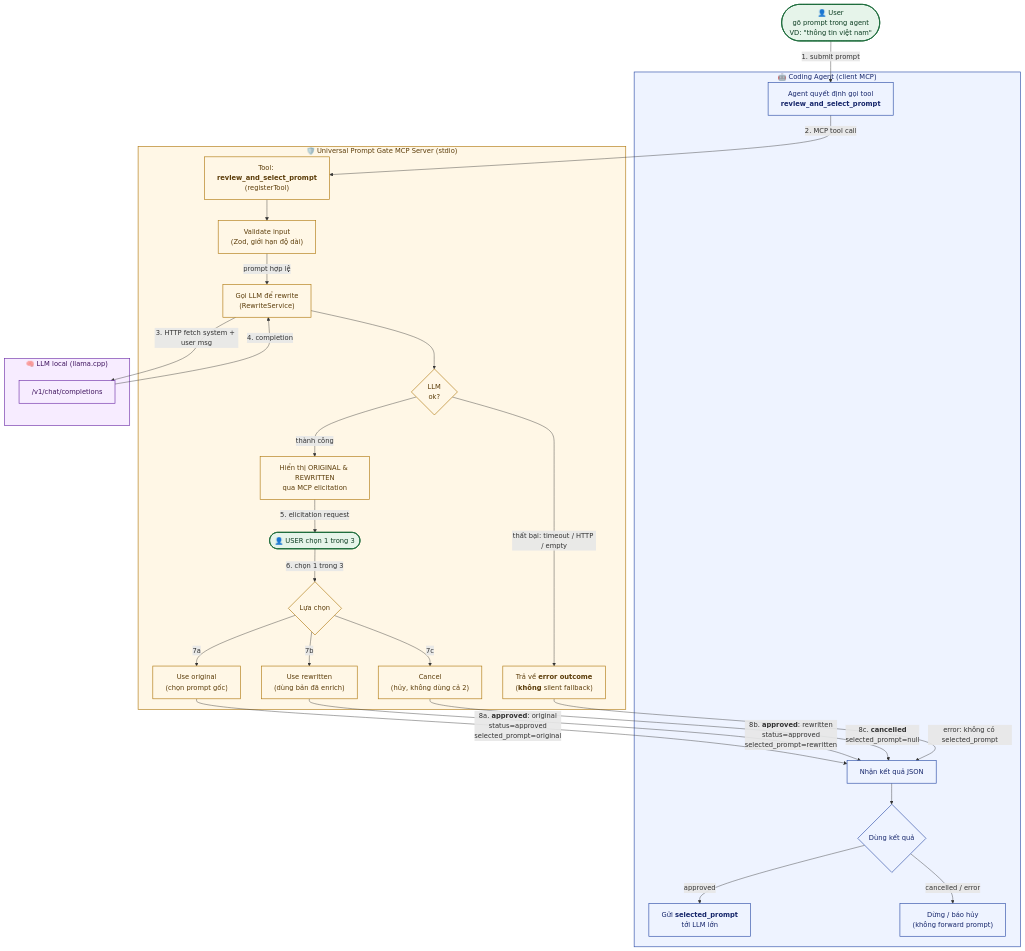
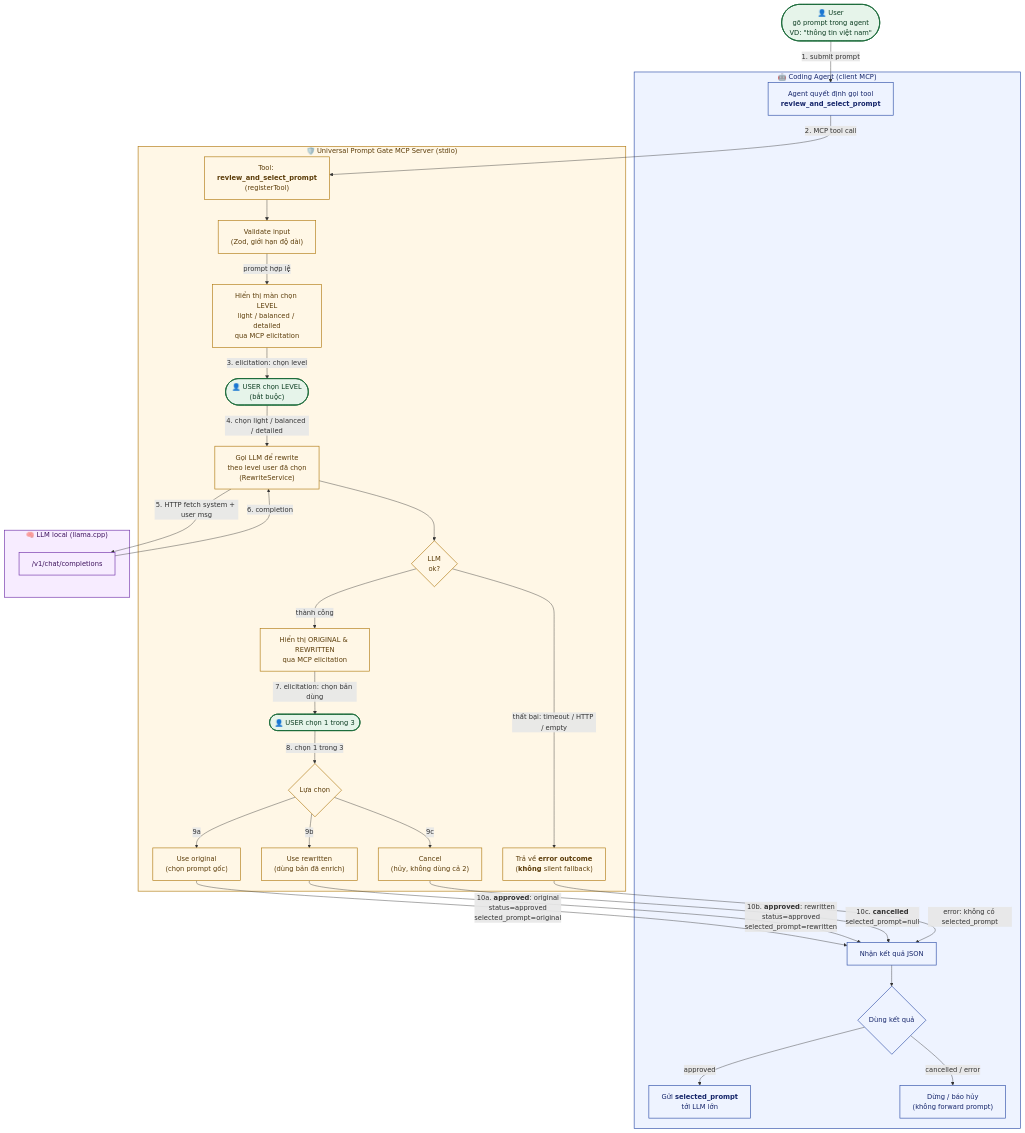
Before and after one commit to nbhson/tool-prompt-rewrite-mcp: the diagram in docs/WORKFLOW.md, drawn with Mermaid. The commit also changed 19 other files, not shown here.

First line of the commit message:
User-chosen rewrite level (mandatory picker) + language preservation

````diff
--- a/docs/WORKFLOW.md
+++ b/docs/WORKFLOW.md
@@ -5,63 +5,67 @@
 ```mermaid
 flowchart TD
   U(["👤 User<br/>gõ prompt trong agent<br/>VD: &quot;thông tin việt nam&quot;"]):::user
 
   subgraph AGENT["🤖 Coding Agent (client MCP)"]
     A1["Agent quyết định gọi tool<br/><b>review_and_select_prompt</b>"]:::agent
     A3["Nhận kết quả JSON"]:::agent
     A4{"Dùng kết quả"}:::agent
     AOK["Gửi <b>selected_prompt</b><br/>tới LLM lớn"]:::agent
     ASTOP["Dừng / báo hủy<br/>(không forward prompt)"]:::agent
   end
 
   subgraph MCP["🛡️ Universal Prompt Gate MCP Server (stdio)"]
     T["Tool: <b>review_and_select_prompt</b><br/>(registerTool)"]:::mcp
     V["Validate input<br/>(Zod, giới hạn độ dài)"]:::mcp
-    R["Gọi LLM để rewrite<br/>(RewriteService)"]:::mcp
+    LPE["Hiển thị màn chọn LEVEL<br/>light / balanced / detailed<br/>qua MCP elicitation"]:::mcp
+    R["Gọi LLM để rewrite<br/>theo level user đã chọn<br/>(RewriteService)"]:::mcp
     RM{"LLM<br/>ok?"}:::mcp
     RE["Trả về <b>error outcome</b><br/>(<b>không</b> silent fallback)"]:::mcp
     E["Hiển thị ORIGINAL &amp; REWRITTEN<br/>qua MCP elicitation"]:::mcp
+    U0(["👤 USER chọn LEVEL<br/>(bắt buộc)"]):::user
     U2(["👤 USER chọn 1 trong 3"]):::user
     CHOICE{"Lựa chọn"}:::mcp
     O1["Use original<br/>(chọn prompt gốc)"]:::mcp
     O2["Use rewritten<br/>(dùng bản đã enrich)"]:::mcp
     O3["Cancel<br/>(hủy, không dùng cả 2)"]:::mcp
   end
 
   subgraph LLM["🧠 LLM local (llama.cpp)"]
     L1["/v1/chat/completions"]:::llm
   end
 
   %% ---- LƯU CHẢY CHÍNH ----
   U -->|1. submit prompt| A1
   A1 -->|2. MCP tool call| T
   T --> V
-  V -->|prompt hợp lệ| R
-  R -->|3. HTTP fetch system + user msg| L1
-  L1 -->|4. completion| R
+  V -->|prompt hợp lệ| LPE
+  LPE -->|"3. elicitation: chọn level"| U0
+  U0 -->|"4. chọn light / balanced / detailed"| R
+  R -->|5. HTTP fetch system + user msg| L1
+  L1 -->|6. completion| R
   R --> RM
   RM -->|thất bại: timeout / HTTP / empty| RE
   RM -->|thành công| E
-  E -->|5. elicitation request| U2
-  U2 -->|6. chọn 1 trong 3| CHOICE
-  CHOICE -->|7a| O1
-  CHOICE -->|7b| O2
-  CHOICE -->|7c| O3
+  E -->|"7. elicitation: chọn bản dùng"| U2
+  U2 -->|8. chọn 1 trong 3| CHOICE
+  CHOICE -->|9a| O1
+  CHOICE -->|9b| O2
+  CHOICE -->|9c| O3
 
-  O1 -->|8a. <b>approved</b>: original<br/>status=approved<br/>selected_prompt=original| A3
-  O2 -->|8b. <b>approved</b>: rewritten<br/>status=approved<br/>selected_prompt=rewritten| A3
-  O3 -->|8c. <b>cancelled</b><br/>selected_prompt=null| A3
+  O1 -->|10a. <b>approved</b>: original<br/>status=approved<br/>selected_prompt=original| A3
+  O2 -->|10b. <b>approved</b>: rewritten<br/>status=approved<br/>selected_prompt=rewritten| A3
+  O3 -->|10c. <b>cancelled</b><br/>selected_prompt=null| A3
   RE -->|error: không có selected_prompt| A3
 
   A3 --> A4
   A4 -->|"approved"| AOK
   A4 -->|"cancelled / error"| ASTOP
 
   classDef user fill:#e6f4ea,stroke:#1b6b3a,stroke-width:2px,color:#0d3d22
   classDef agent fill:#eef3ff,stroke:#2f4fa8,stroke-width:1.5px,color:#16266b
   classDef mcp fill:#fff7e6,stroke:#b07a12,stroke-width:1.5px,color:#5c3d0a
   classDef llm fill:#f7ecff,stroke:#7030a8,stroke-width:1.5px,color:#3f145e
   class AGENT agent
   class MCP mcp
   class LLM llm
 ```
````
